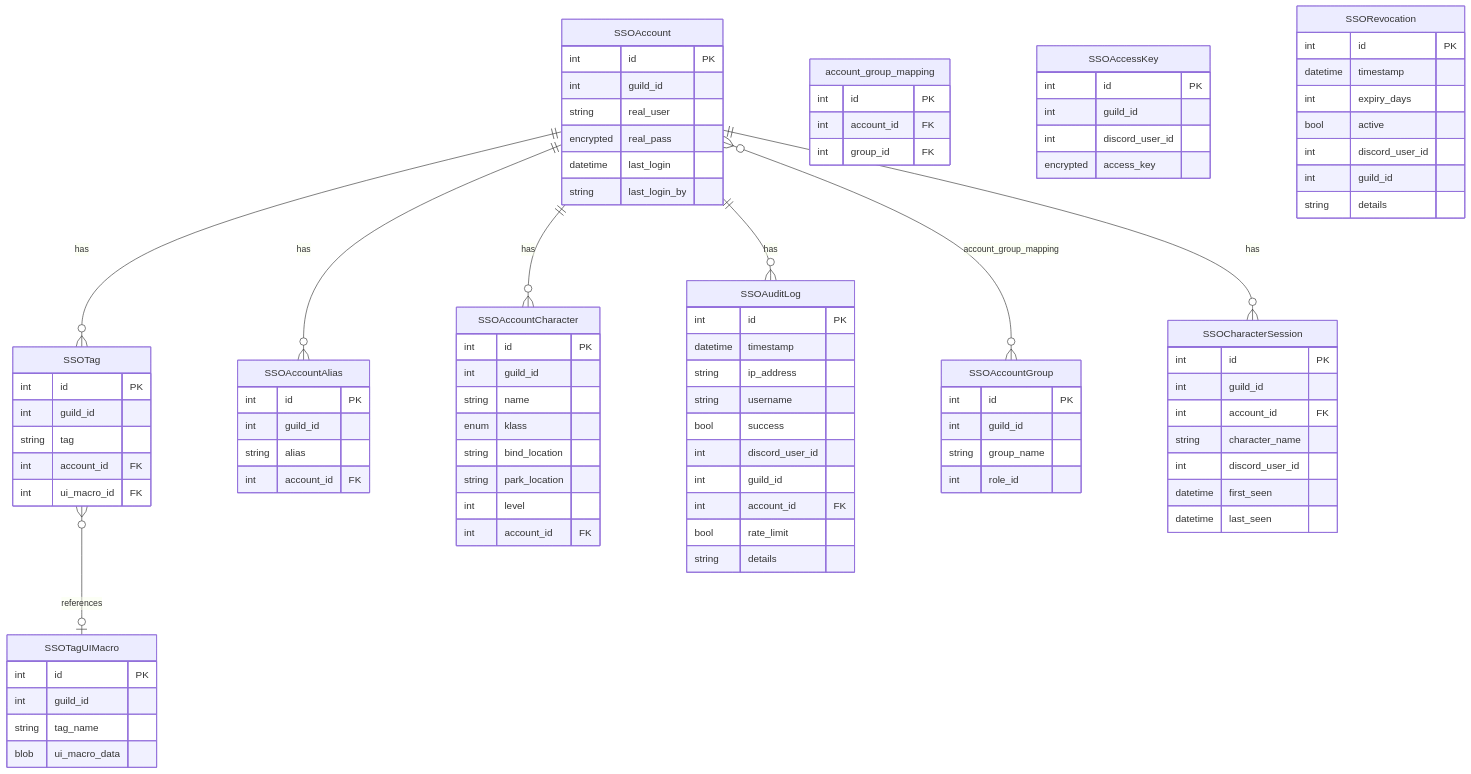
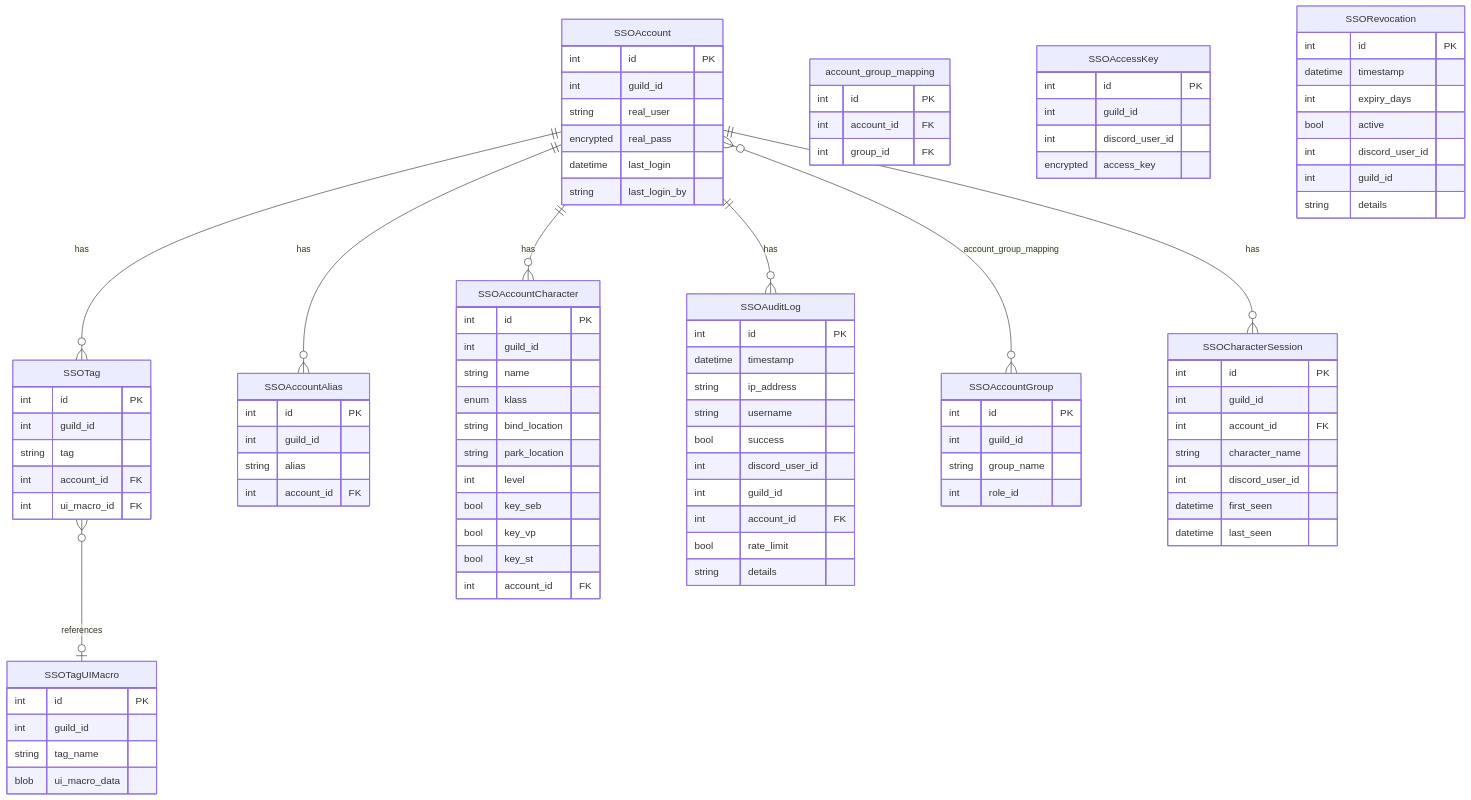
Before and after one commit to eq-p99-tools/roboToald: the diagram in erd/sso_schema.md, drawn with Mermaid. The commit also changed other lines of this file and 9 other files, not shown here.

```diff
--- a/erd/sso_schema.md
+++ b/erd/sso_schema.md
@@ -75,6 +75,9 @@
         string bind_location
         string park_location
         int level
+        bool key_seb
+        bool key_vp
+        bool key_st
         int account_id FK
     }
 
```
